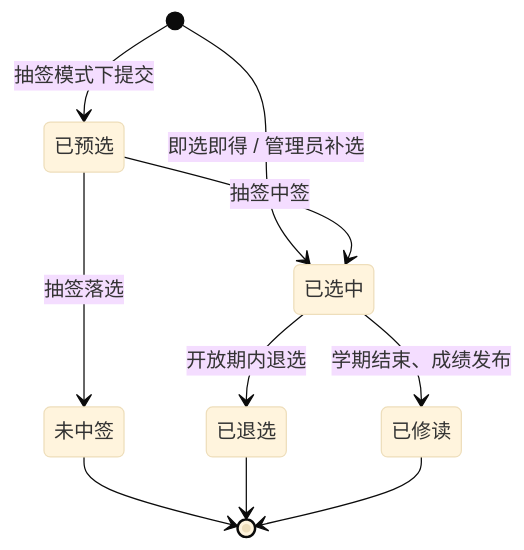
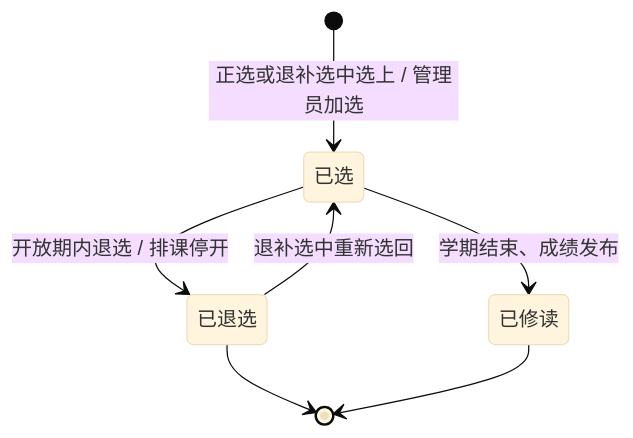
Before and after one commit to We1chan/databasecoursedesign: diagram 12 of 14 in docs/需求分析文档.md, drawn with Mermaid (base theme). The commit also changed other lines of this file and 29 other files, not shown here.

````diff
--- a/docs/需求分析文档.md
+++ b/docs/需求分析文档.md
@@ -1120,17 +809,12 @@
 ```mermaid
 stateDiagram-v2
-    state "已预选" as P
-    state "已选中" as S
-    state "未中签" as L
+    state "已选" as S
     state "已退选" as D
     state "已修读" as F
-    [*] --> P : 抽签模式下提交
-    [*] --> S : 即选即得 / 管理员补选
-    P --> S : 抽签中签
-    P --> L : 抽签落选
-    S --> D : 开放期内退选
+    [*] --> S : 正选或退补选中选上 / 管理员加选
+    S --> D : 开放期内退选 / 排课停开
+    D --> S : 退补选中重新选回
     S --> F : 学期结束、成绩发布
-    L --> [*]
     D --> [*]
     F --> [*]
 ```
````
